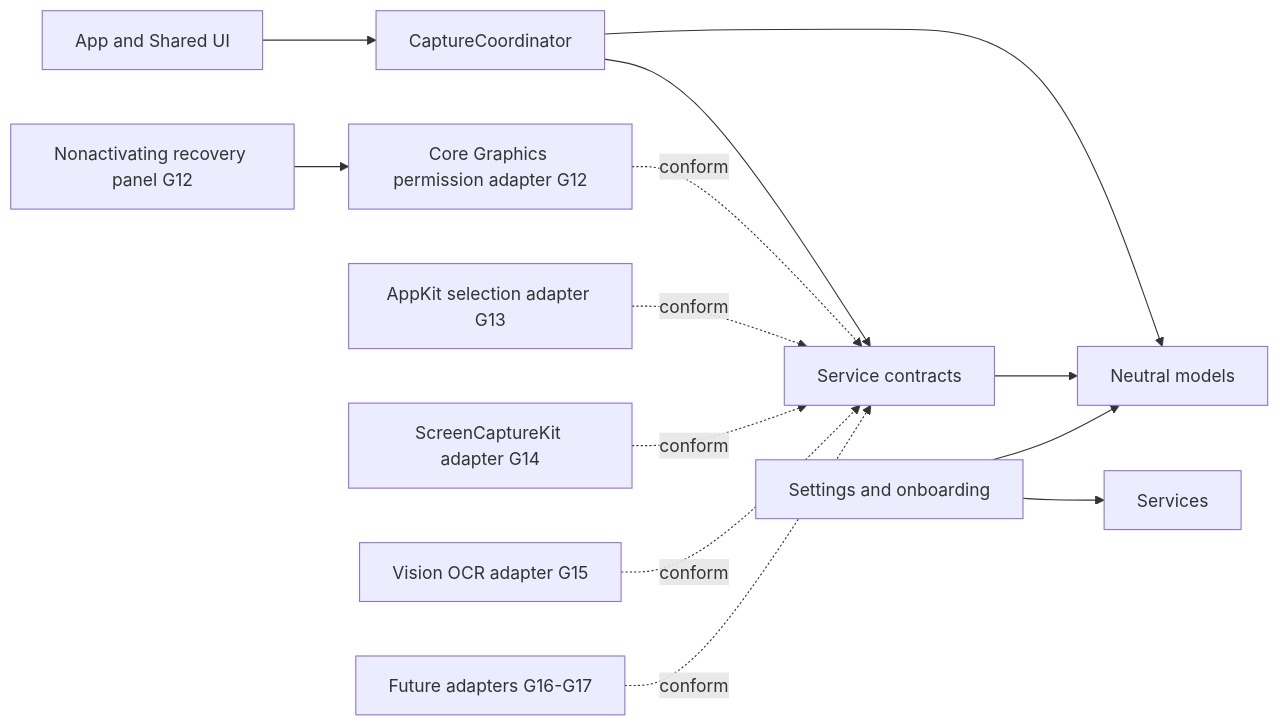
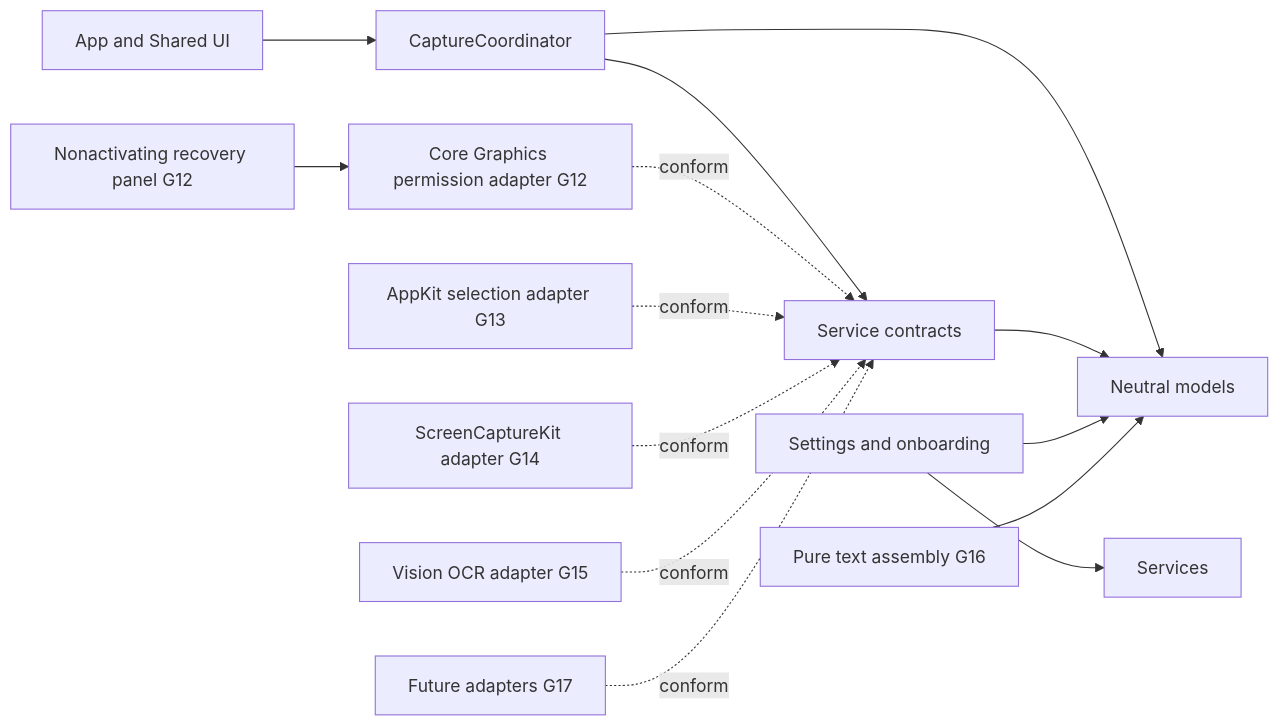
The first of 2 diagrams in docs/architecture/overview.md (bennetthilberg/copylasso), drawn with Mermaid before and after one commit. The commit also changed other lines of this file and 15 other files, not shown here.

````diff
--- a/docs/architecture/overview.md
+++ b/docs/architecture/overview.md
@@ -7,15 +7,16 @@
 ```mermaid
 flowchart LR
   App["App and Shared UI"] --> Coordinator["CaptureCoordinator"]
   Coordinator --> Contracts["Service contracts"]
   Coordinator --> Models["Neutral models"]
   Contracts --> Models
   Settings["Settings and onboarding"] --> Services
   Settings --> Models
   Permission["Core Graphics permission adapter G12"] -. conform .-> Contracts
   Recovery["Nonactivating recovery panel G12"] --> Permission
   Selection["AppKit selection adapter G13"] -. conform .-> Contracts
   Capture["ScreenCaptureKit adapter G14"] -. conform .-> Contracts
   OCR["Vision OCR adapter G15"] -. conform .-> Contracts
-  Adapters["Future adapters G16-G17"] -. conform .-> Contracts
+  Format["Pure text assembly G16"] --> Models
+  Adapters["Future adapters G17"] -. conform .-> Contracts
 ```
````
